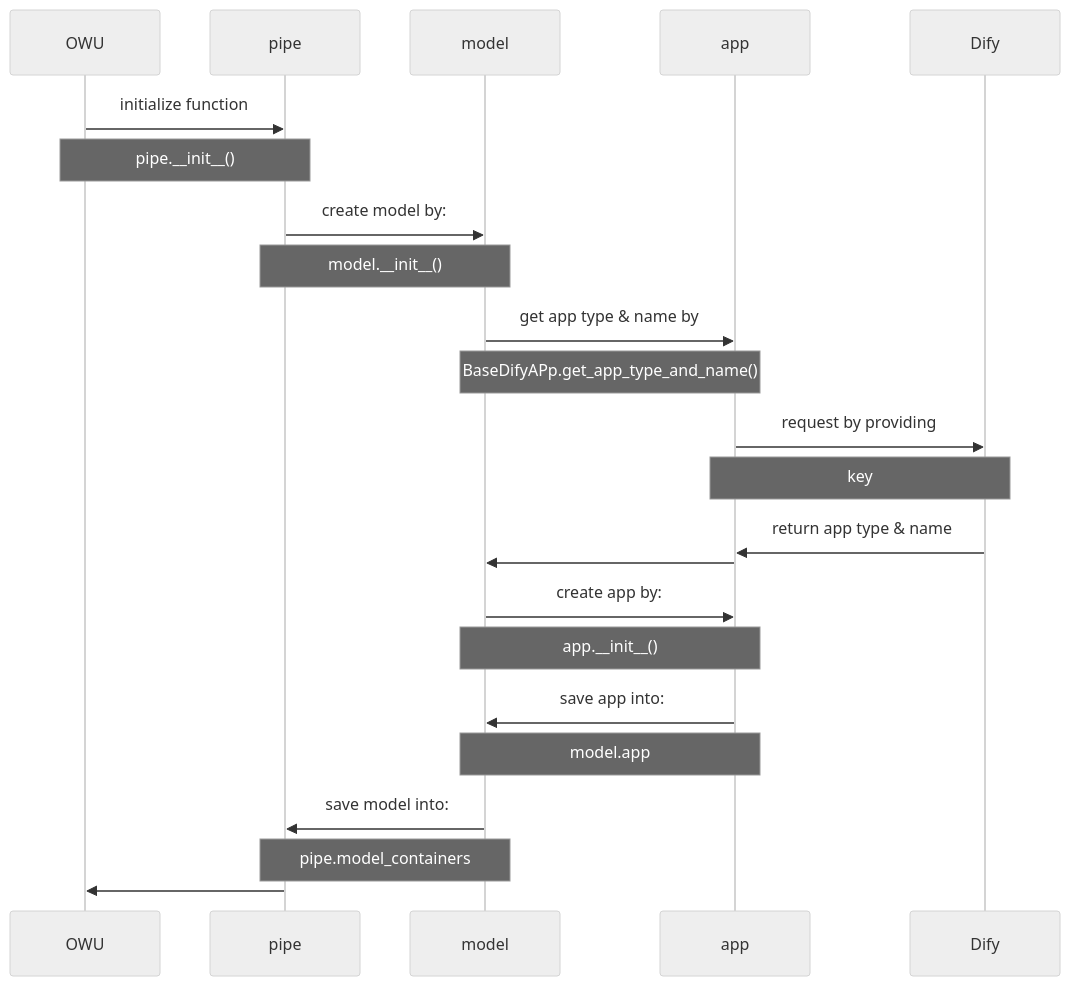
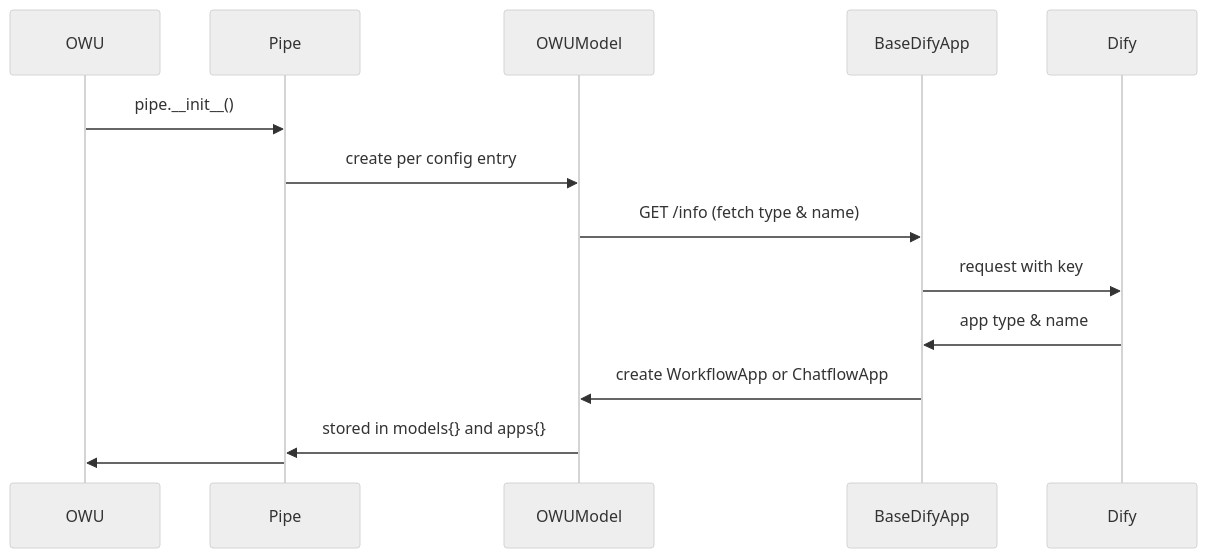
One commit to kami-lel/dify-open-webui-adapter changed the second of 4 diagrams in README.md. Above: the diagram before and after it, drawn with Mermaid (neutral theme). The commit also changed other lines of this file and 1 other file, not shown here.

First line of the commit message:
document adapter architecture; refresh AGENTS and README guidance

````diff
--- a/README.md
+++ b/README.md
@@ -145,28 +131,11 @@
 ```mermaid
 sequenceDiagram
-    OWU->>pipe: initialize function
-    note over OWU,pipe: pipe.__init__()
-
-    pipe->>model: create model by:
-    note over pipe,model: model.__init__()
-
-    model->>app: get app type & name by
-    note over model,app: BaseDifyAPp.get_app_type_and_name()
-
-    app->>Dify: request by providing
-    note over app,Dify: key
-    Dify->>app: return app type & name
-
-    app->>model:
-
-    model->>app: create app by:
-    note over model,app: app.__init__()
-
-    app->>model: save app into:
-    note over app,model: model.app
-
-    model->>pipe: save model into:
-    note over pipe,model: pipe.model_containers
-
-    pipe->>OWU:
+    OWU->>Pipe: pipe.__init__()
+    Pipe->>OWUModel: create per config entry
+    OWUModel->>BaseDifyApp: GET /info (fetch type & name)
+    BaseDifyApp->>Dify: request with key
+    Dify->>BaseDifyApp: app type & name
+    BaseDifyApp->>OWUModel: create WorkflowApp or ChatflowApp
+    OWUModel->>Pipe: stored in models{} and apps{}
+    Pipe->>OWU:
 ```
````
